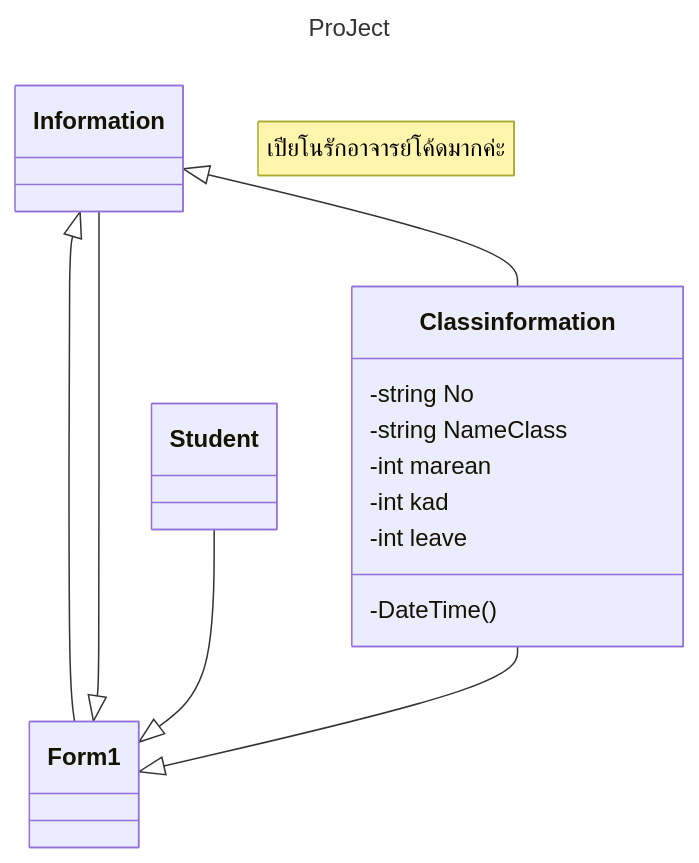
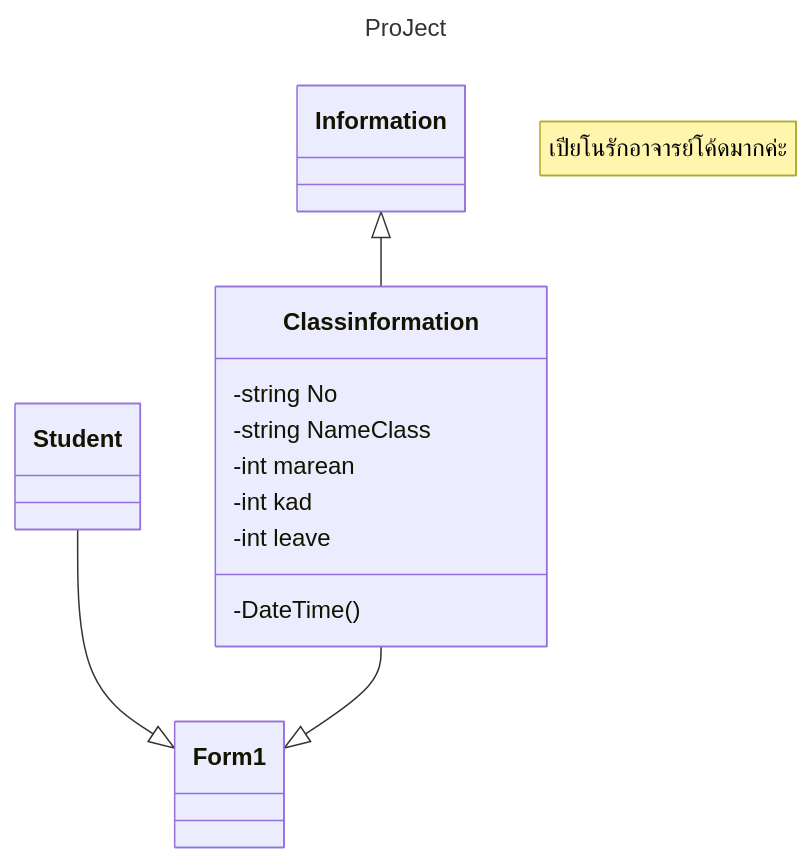
The diagram in README.md (Natithorn/Test), drawn with Mermaid before and after one commit.

````diff
--- a/README.md
+++ b/README.md
@@ -1,22 +1,20 @@
 ```mermaid
 ---
 title: ProJect
 ---
 classDiagram
     note "เปียโนรักอาจารย์โค้ดมากค่ะ"
-    Information <|-- Form1
-    Information --|> Form1
     Student --|> Form1
     Classinformation --|> Form1
     Information <|-- Classinformation
     class Classinformation{
         -string No
         -string NameClass
         -int marean
         -int kad
         -int leave
         -DateTime()
         
     }
     
 ```
````
